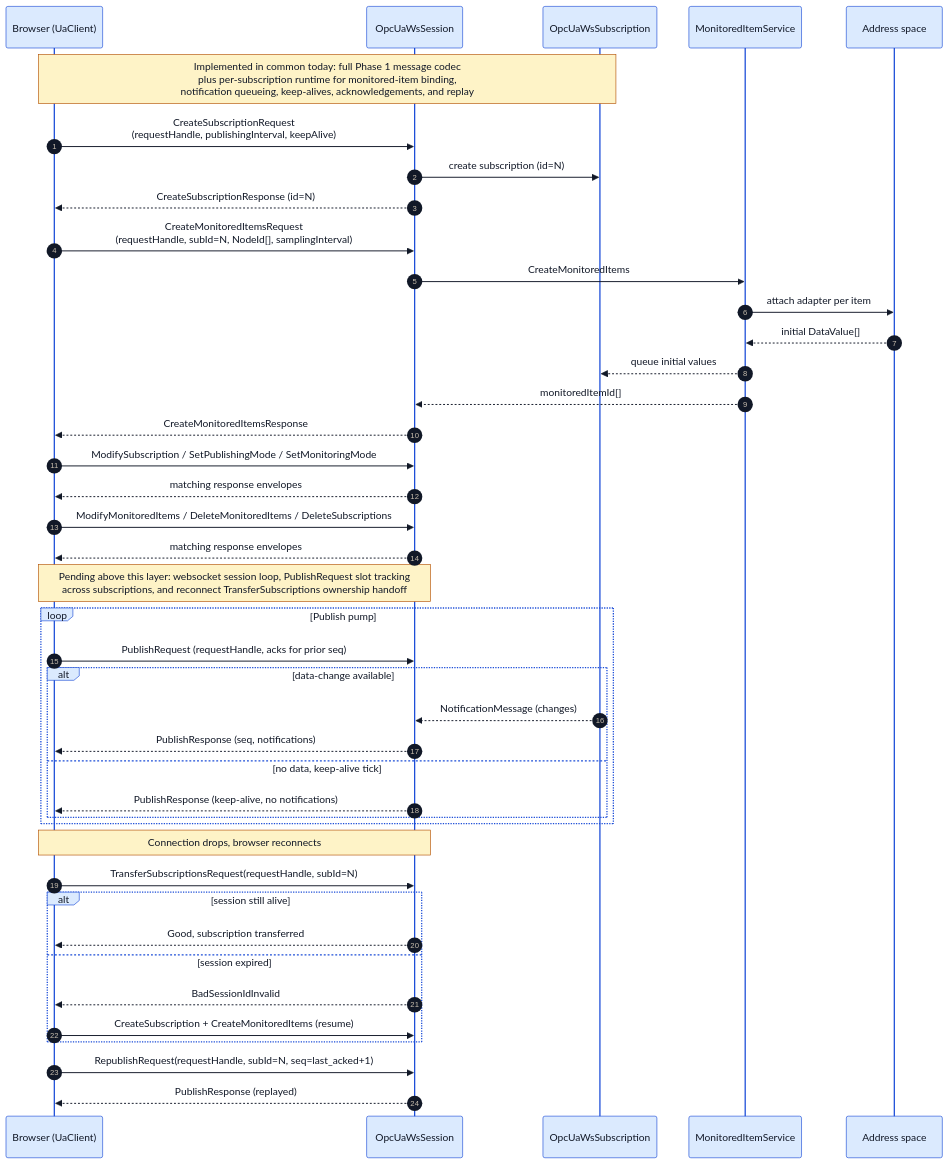
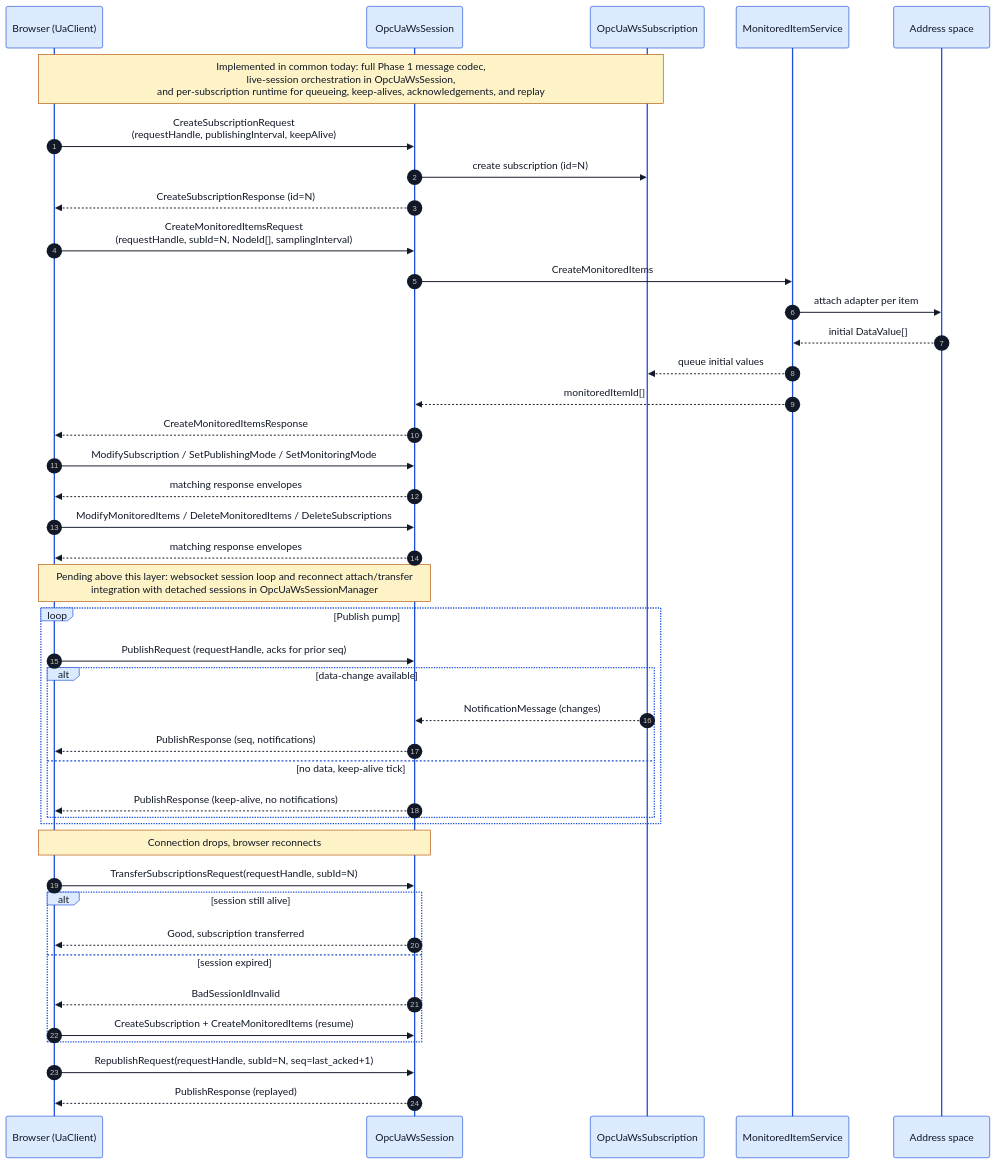
The diagram in docs/opcua_ws_subscription_sequence.mmd (alexsmn/scada-common), drawn with Mermaid before and after one commit. The commit also changed 12 other files, not shown here.

Commit message:
Add opcua_ws live session runtime

```diff
--- a/docs/opcua_ws_subscription_sequence.mmd
+++ b/docs/opcua_ws_subscription_sequence.mmd
@@ -1,67 +1,67 @@
 %%{init: {
   'theme': 'base',
   'themeVariables': {
     'background': '#ffffff',
     'primaryColor': '#f3f4f6',
     'primaryBorderColor': '#374151',
     'primaryTextColor': '#111827',
     'lineColor': '#374151',
     'actorBkg': '#dbeafe',
     'actorBorder': '#1d4ed8',
     'actorTextColor': '#111827',
     'noteBkgColor': '#fef3c7',
     'noteBorderColor': '#b45309',
     'noteTextColor': '#111827'
   }
 }}%%
 sequenceDiagram
     autonumber
     participant B as Browser (UaClient)
     participant S as OpcUaWsSession
     participant SUB as OpcUaWsSubscription
     participant MI as MonitoredItemService
     participant AS as Address space
 
-    Note over B,SUB: Implemented in common today: full Phase 1 message codec<br/>plus per-subscription runtime for monitored-item binding,<br/>notification queueing, keep-alives, acknowledgements, and replay
+    Note over B,SUB: Implemented in common today: full Phase 1 message codec,<br/>live-session orchestration in OpcUaWsSession,<br/>and per-subscription runtime for queueing, keep-alives, acknowledgements, and replay
 
     B->>S: CreateSubscriptionRequest<br/>(requestHandle, publishingInterval, keepAlive)
     S->>SUB: create subscription (id=N)
     S-->>B: CreateSubscriptionResponse (id=N)
 
     B->>S: CreateMonitoredItemsRequest<br/>(requestHandle, subId=N, NodeId[], samplingInterval)
     S->>MI: CreateMonitoredItems
     MI->>AS: attach adapter per item
     AS-->>MI: initial DataValue[]
     MI-->>SUB: queue initial values
     MI-->>S: monitoredItemId[]
     S-->>B: CreateMonitoredItemsResponse
 
     B->>S: ModifySubscription / SetPublishingMode / SetMonitoringMode
     S-->>B: matching response envelopes
     B->>S: ModifyMonitoredItems / DeleteMonitoredItems / DeleteSubscriptions
     S-->>B: matching response envelopes
 
-    Note over B,S: Pending above this layer: websocket session loop, PublishRequest slot tracking<br/>across subscriptions, and reconnect TransferSubscriptions ownership handoff
+    Note over B,S: Pending above this layer: websocket session loop and reconnect attach/transfer<br/>integration with detached sessions in OpcUaWsSessionManager
 
     loop Publish pump
         B->>S: PublishRequest (requestHandle, acks for prior seq)
         alt data-change available
             SUB-->>S: NotificationMessage (changes)
             S-->>B: PublishResponse (seq, notifications)
         else no data, keep-alive tick
             S-->>B: PublishResponse (keep-alive, no notifications)
         end
     end
 
     Note over B,S: Connection drops, browser reconnects
 
     B->>S: TransferSubscriptionsRequest(requestHandle, subId=N)
     alt session still alive
         S-->>B: Good, subscription transferred
     else session expired
         S-->>B: BadSessionIdInvalid
         B->>S: CreateSubscription + CreateMonitoredItems (resume)
     end
 
     B->>S: RepublishRequest(requestHandle, subId=N, seq=last_acked+1)
     S-->>B: PublishResponse (replayed)
```
